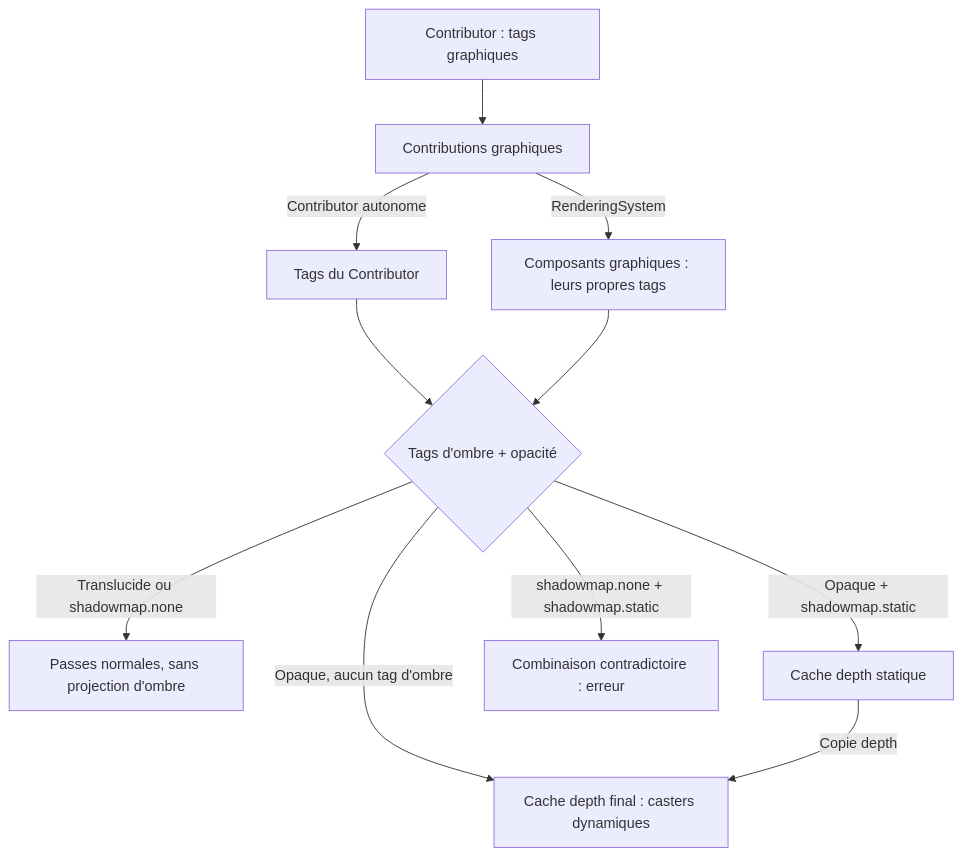
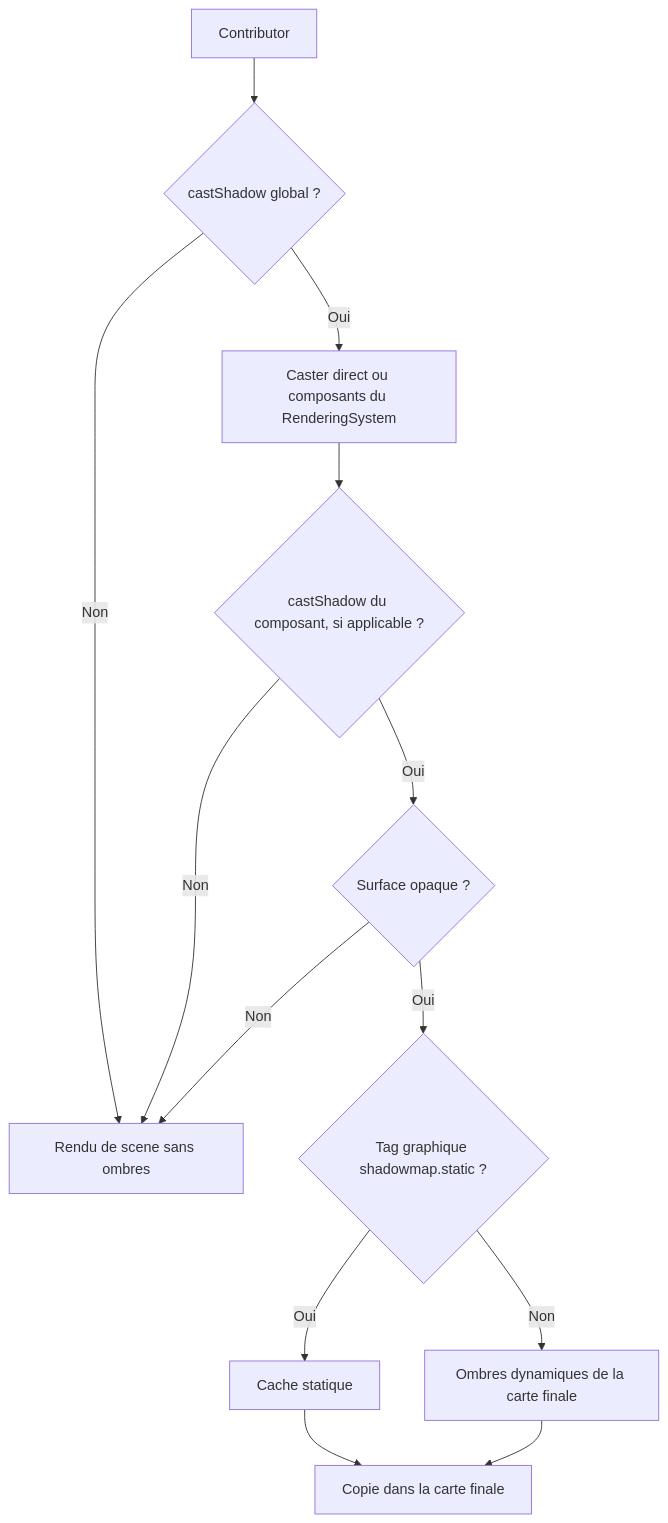
One commit to EreliaStudio/Sparkle changed diagram 12 of 13 in docs/voxel-engine-v0.1.4-specification.md. Above: the diagram before and after it, drawn with Mermaid. The commit also changed other lines of this file, not shown here.

Commit message:
docs(v0.1.4): combine castShadow permissions with shadowmap.static classification

````diff
--- a/docs/voxel-engine-v0.1.4-specification.md
+++ b/docs/voxel-engine-v0.1.4-specification.md
@@ -1015,13 +1016,15 @@
 ```mermaid
 flowchart TD
-  Contributor["Contributor : tags graphiques"] --> Items["Contributions graphiques"]
-  Items -->|"Contributor autonome"| CT["Tags du Contributor"]
-  Items -->|"RenderingSystem"| RC["Composants graphiques : leurs propres tags"]
-  CT --> Check{"Tags d'ombre + opacité"}
-  RC --> Check
-  Check -->|"Translucide ou shadowmap.none"| Normal["Passes normales, sans projection d'ombre"]
-  Check -->|"Opaque + shadowmap.static"| StaticMap["Cache depth statique"]
-  Check -->|"Opaque, aucun tag d'ombre"| FinalMap["Cache depth final : casters dynamiques"]
-  Check -->|"shadowmap.none + shadowmap.static"| Conflict["Combinaison contradictoire : erreur"]
-  StaticMap -->|"Copie depth"| FinalMap
+  C["Contributor"] --> A{"castShadow global ?"}
+  A -->|"Non"| None["Rendu de scene sans ombres"]
+  A -->|"Oui"| Obj["Caster direct ou composants du RenderingSystem"]
+  Obj --> B{"castShadow du composant, si applicable ?"}
+  B -->|"Non"| None
+  B -->|"Oui"| O{"Surface opaque ?"}
+  O -->|"Non"| None
+  O -->|"Oui"| T{"Tag graphique shadowmap.static ?"}
+  T -->|"Oui"| Static["Cache statique"]
+  T -->|"Non"| Dynamic["Ombres dynamiques de la carte finale"]
+  Static --> Final["Copie dans la carte finale"]
+  Dynamic --> Final
 ```
````
